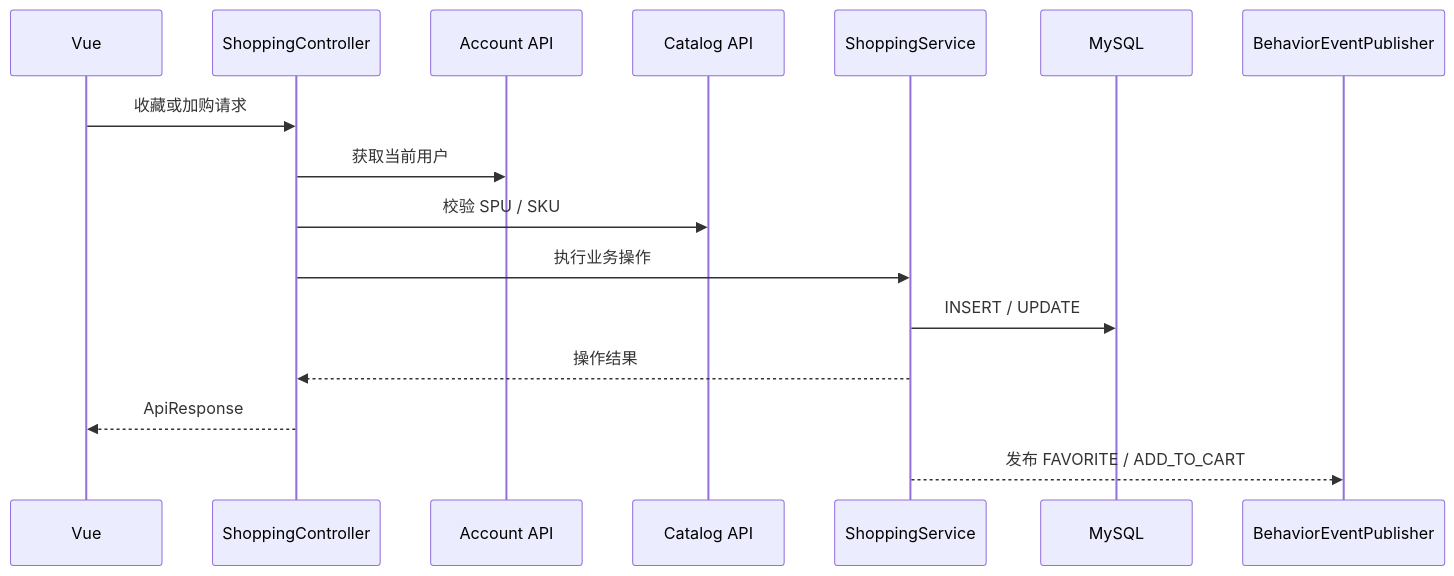
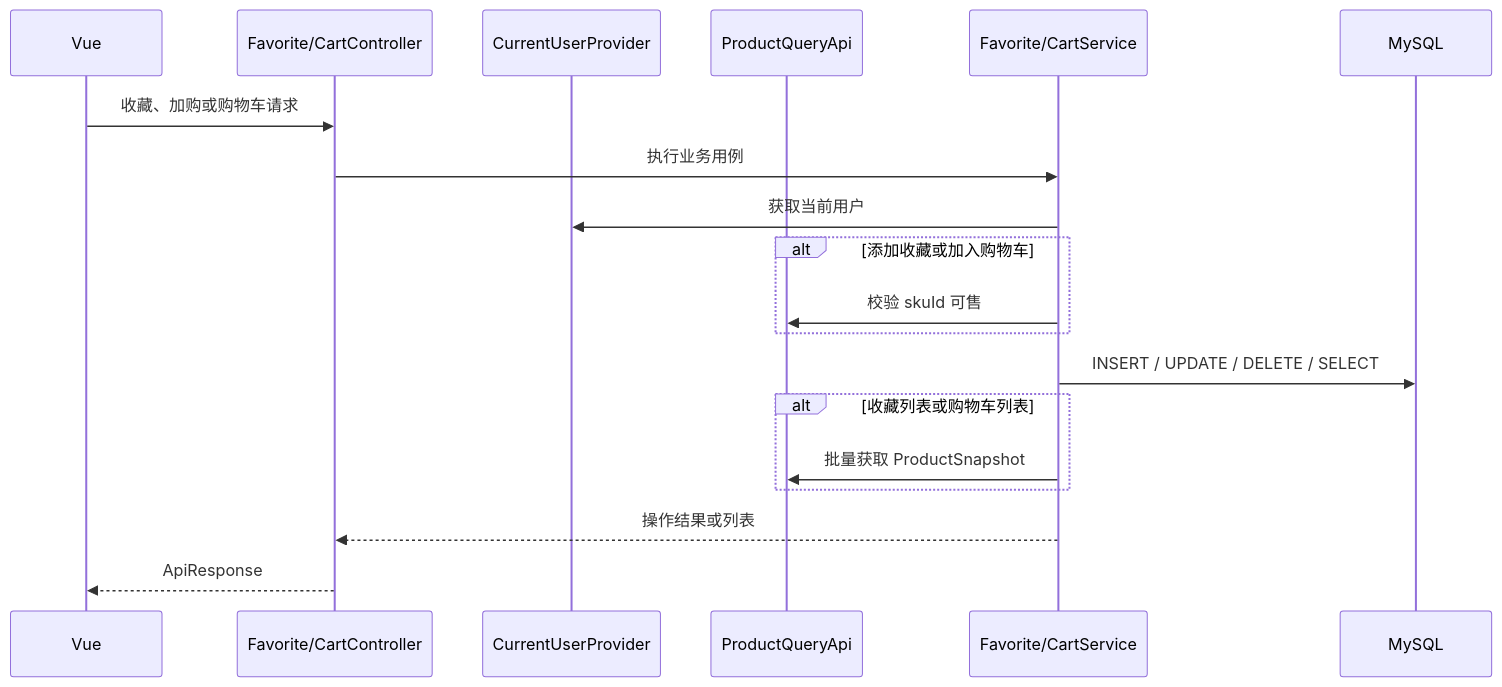
The ninth of 15 diagrams in docs/v1.0-architecture.md (XMU-Linjer/persona-flow-commerce), drawn with Mermaid before and after one commit. The commit also changed other lines of this file and 2 other files, not shown here.

Commit message:
同步 shopping 模块实现文档

````diff
--- a/docs/v1.0-architecture.md
+++ b/docs/v1.0-architecture.md
@@ -796,19 +796,22 @@
 ```mermaid
 sequenceDiagram
     participant Web as Vue
-    participant Shopping as ShoppingController
-    participant Account as Account API
-    participant Catalog as Catalog API
-    participant Service as ShoppingService
+    participant Shopping as Favorite/CartController
+    participant Account as CurrentUserProvider
+    participant Catalog as ProductQueryApi
+    participant Service as Favorite/CartService
     participant DB as MySQL
-    participant Event as BehaviorEventPublisher
 
-    Web->>Shopping: 收藏或加购请求
-    Shopping->>Account: 获取当前用户
-    Shopping->>Catalog: 校验 SPU / SKU
-    Shopping->>Service: 执行业务操作
-    Service->>DB: INSERT / UPDATE
-    Service-->>Shopping: 操作结果
+    Web->>Shopping: 收藏、加购或购物车请求
+    Shopping->>Service: 执行业务用例
+    Service->>Account: 获取当前用户
+    alt 添加收藏或加入购物车
+        Service->>Catalog: 校验 skuId 可售
+    end
+    Service->>DB: INSERT / UPDATE / DELETE / SELECT
+    alt 收藏列表或购物车列表
+        Service->>Catalog: 批量获取 ProductSnapshot
+    end
+    Service-->>Shopping: 操作结果或列表
     Shopping-->>Web: ApiResponse
-    Service-->>Event: 发布 FAVORITE / ADD_TO_CART
 ```
````
